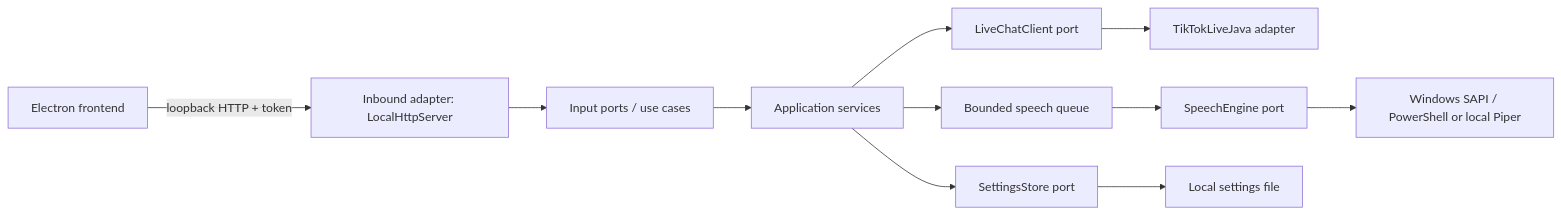
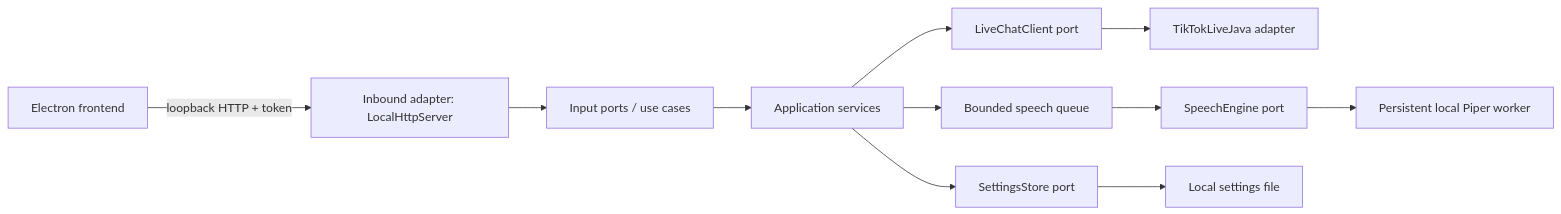
Before and after one commit to zero780/live-chat-tts: the diagram in backend/README.md, drawn with Mermaid. The commit also changed other lines of this file and 21 other files, not shown here.

````diff
--- a/backend/README.md
+++ b/backend/README.md
@@ -22,13 +22,13 @@
 ```mermaid
 graph LR
   UI[Electron frontend] -->|loopback HTTP + token| HTTP[Inbound adapter: LocalHttpServer]
   HTTP --> IN[Input ports / use cases]
   IN --> APP[Application services]
   APP --> Q[Bounded speech queue]
   APP --> LIVE[LiveChatClient port]
   LIVE --> TT[TikTokLiveJava adapter]
-  Q --> SAPI[SpeechEngine port]
-  SAPI --> PS[Windows SAPI / PowerShell or local Piper]
+  Q --> SPEECH[SpeechEngine port]
+  SPEECH --> PIPER[Persistent local Piper worker]
   APP --> STORE[SettingsStore port]
   STORE --> FILE[Local settings file]
 ```
````
